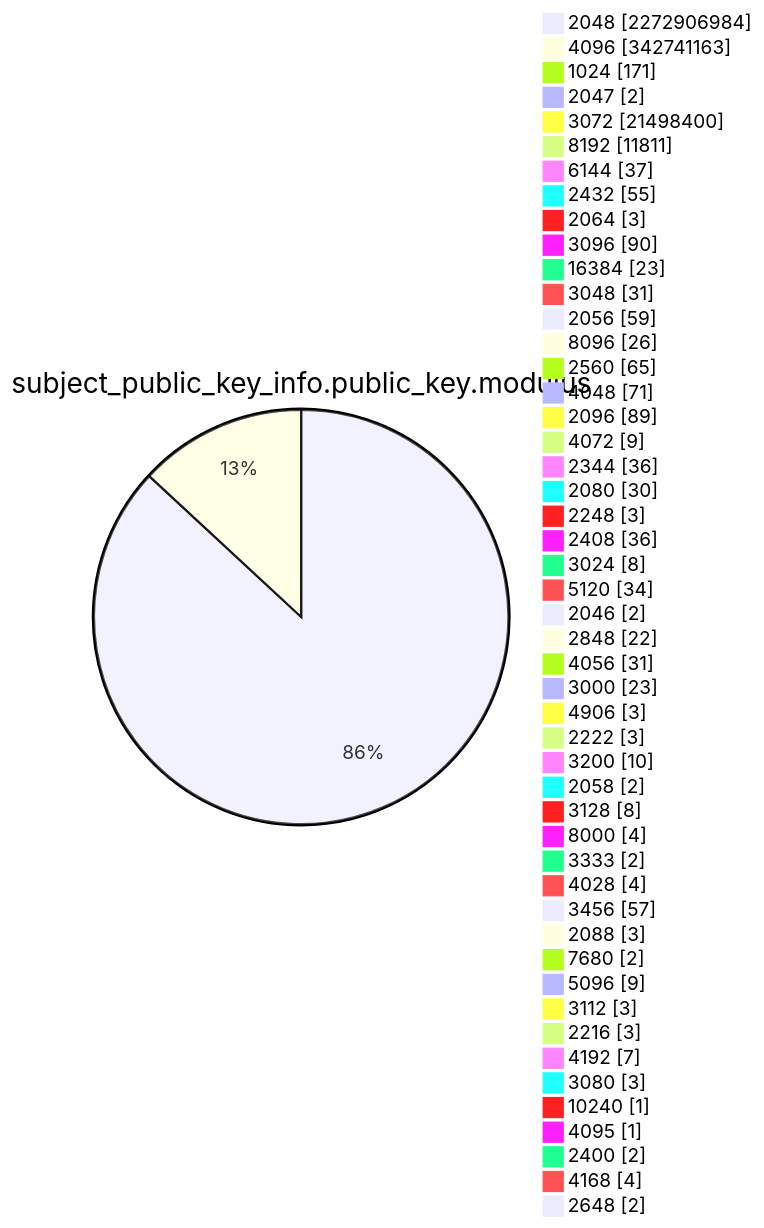
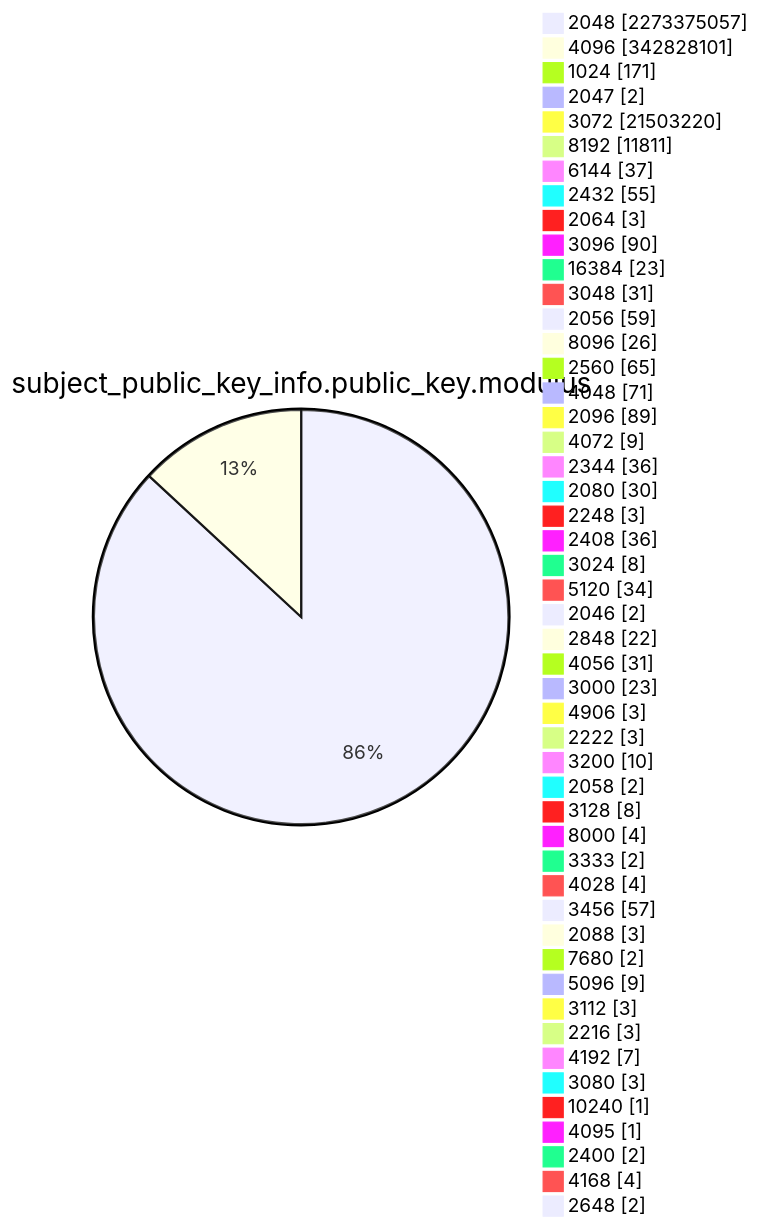
Diagram 13 of 15 in TOTAL/README.md (christiankrug/ctmonitor_visualization), drawn with Mermaid before and after one commit. The commit also changed other lines of this file, not shown here.

````diff
--- a/TOTAL/README.md
+++ b/TOTAL/README.md
@@ -4167,53 +4167,53 @@
 ```mermaid
 pie showData
 title subject_public_key_info.public_key.modulus
-"2048" :2272906984
-"4096" :342741163
+"2048" :2273375057
+"4096" :342828101
 "1024" :171
 "2047" :2
-"3072" :21498400
+"3072" :21503220
 "8192" :11811
 "6144" :37
 "2432" :55
 "2064" :3
 "3096" :90
 "16384" :23
 "3048" :31
 "2056" :59
 "8096" :26
 "2560" :65
 "4048" :71
 "2096" :89
 "4072" :9
 "2344" :36
 "2080" :30
 "2248" :3
 "2408" :36
 "3024" :8
 "5120" :34
 "2046" :2
 "2848" :22
 "4056" :31
 "3000" :23
 "4906" :3
 "2222" :3
 "3200" :10
 "2058" :2
 "3128" :8
 "8000" :4
 "3333" :2
 "4028" :4
 "3456" :57
 "2088" :3
 "7680" :2
 "5096" :9
 "3112" :3
 "2216" :3
 "4192" :7
 "3080" :3
 "10240" :1
 "4095" :1
 "2400" :2
 "4168" :4
 "2648" :2
 ```
````
